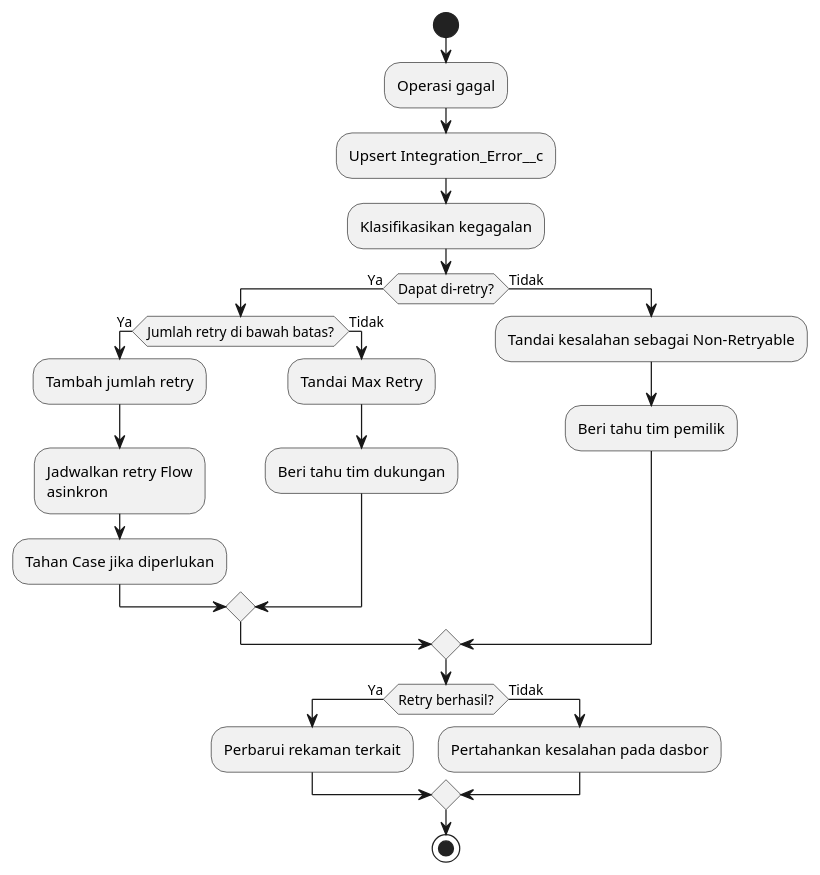
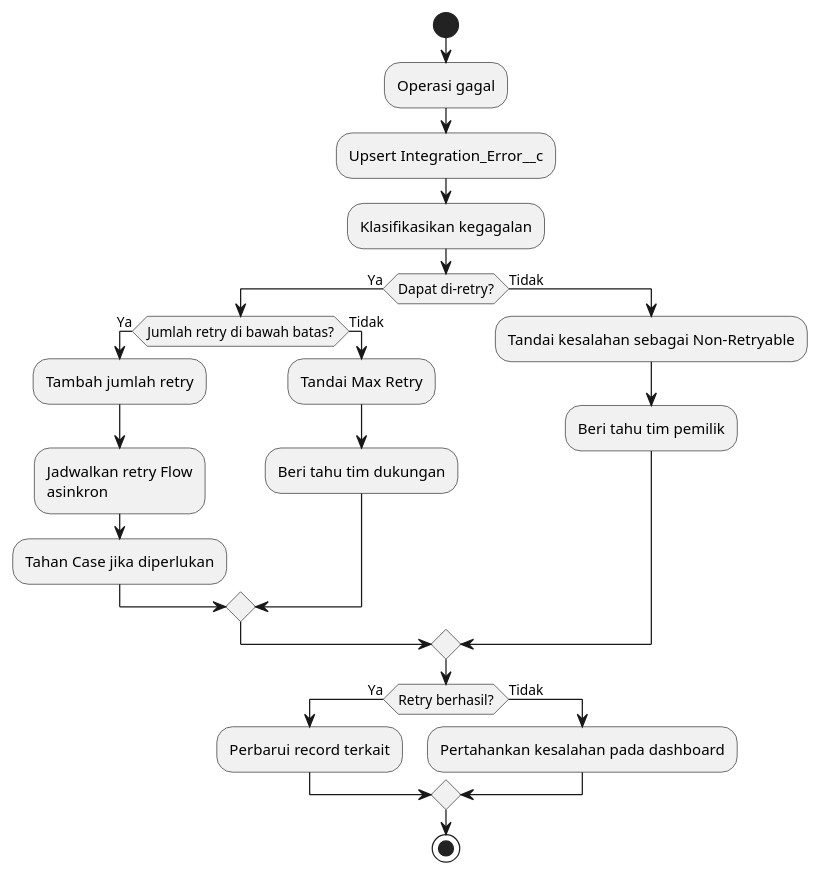
One commit to jimmytobing/virtusa changed diagram 20 of 26 in doc/SADD Task 2 - Bahasa Indonesia.md. Above: the diagram before and after it, drawn with PlantUML. The commit also changed other lines of this file, not shown here.

````diff
--- a/doc/SADD Task 2 - Bahasa Indonesia.md
+++ b/doc/SADD Task 2 - Bahasa Indonesia.md
@@ -1330,31 +1332,31 @@
 ```plantuml
 @startuml
 start
 
 :Operasi gagal;
 :Upsert Integration_Error__c;
 :Klasifikasikan kegagalan;
 
 if (Dapat di-retry?) then (Ya)
   if (Jumlah retry di bawah batas?) then (Ya)
     :Tambah jumlah retry;
     :Jadwalkan retry Flow\nasinkron;
     :Tahan Case jika diperlukan;
   else (Tidak)
     :Tandai Max Retry;
     :Beri tahu tim dukungan;
   endif
 else (Tidak)
   :Tandai kesalahan sebagai Non-Retryable;
   :Beri tahu tim pemilik;
 endif
 
 if (Retry berhasil?) then (Ya)
-  :Perbarui rekaman terkait;
+  :Perbarui record terkait;
 else (Tidak)
-  :Pertahankan kesalahan pada dasbor;
+  :Pertahankan kesalahan pada dashboard;
 endif
 
 stop
 @enduml
 ```
````
